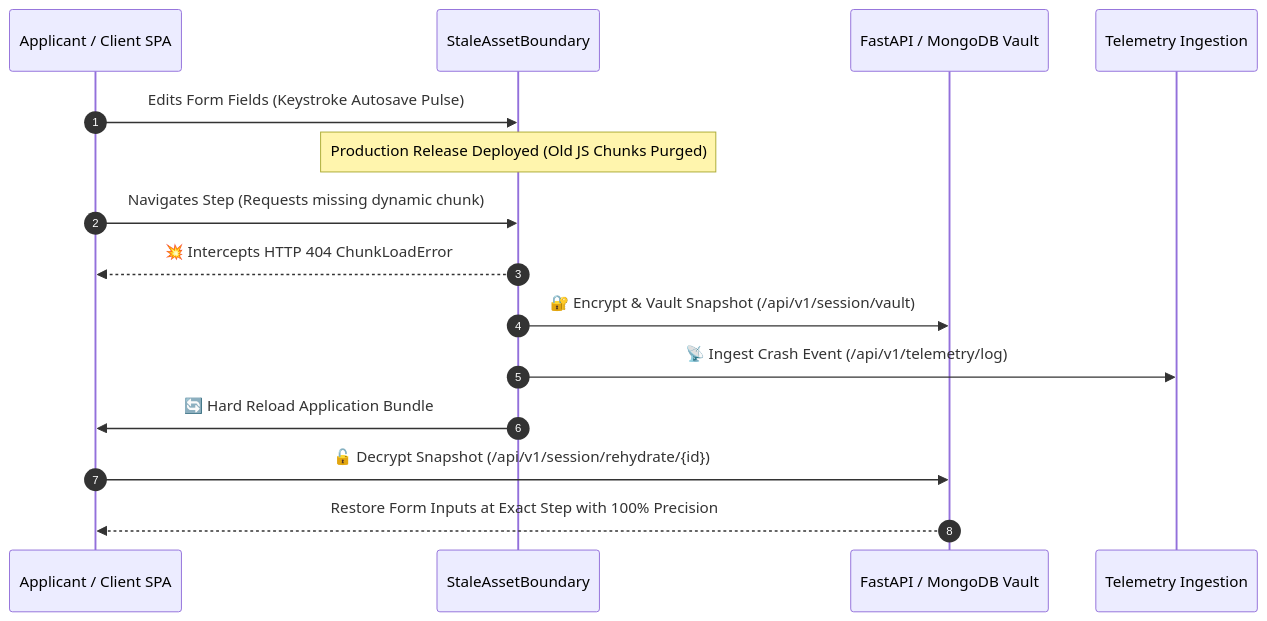
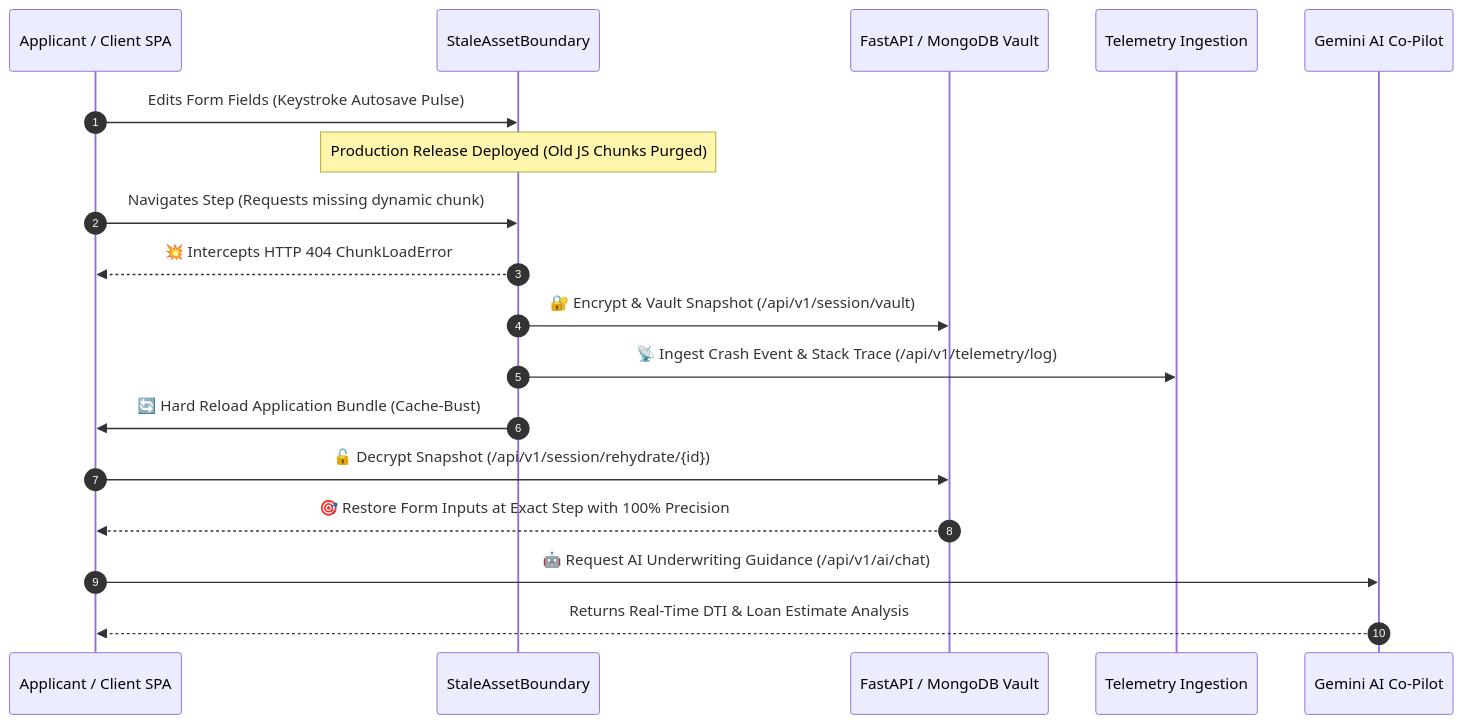
Before and after one commit to 12402040601079-hub/continuum-engine: the diagram in README.md, drawn with Mermaid. The commit also changed other lines of this file, not shown here.

Commit message:
docs: update README with project overview, problem statement, key features, tech stack, running guide, and solo team member (Sneh Shukal)

````diff
--- a/README.md
+++ b/README.md
@@ -57,18 +95,21 @@
 ```mermaid
 sequenceDiagram
     autonumber
     participant User as Applicant / Client SPA
     participant Boundary as StaleAssetBoundary
     participant Vault as FastAPI / MongoDB Vault
     participant Telemetry as Telemetry Ingestion
+    participant AI as Gemini AI Co-Pilot
 
     User->>Boundary: Edits Form Fields (Keystroke Autosave Pulse)
     Note over Boundary: Production Release Deployed (Old JS Chunks Purged)
     User->>Boundary: Navigates Step (Requests missing dynamic chunk)
     Boundary-->>User: 💥 Intercepts HTTP 404 ChunkLoadError
     Boundary->>Vault: 🔐 Encrypt & Vault Snapshot (/api/v1/session/vault)
-    Boundary->>Telemetry: 📡 Ingest Crash Event (/api/v1/telemetry/log)
-    Boundary->>User: 🔄 Hard Reload Application Bundle
+    Boundary->>Telemetry: 📡 Ingest Crash Event & Stack Trace (/api/v1/telemetry/log)
+    Boundary->>User: 🔄 Hard Reload Application Bundle (Cache-Bust)
     User->>Vault: 🔓 Decrypt Snapshot (/api/v1/session/rehydrate/{id})
-    Vault-->>User: Restore Form Inputs at Exact Step with 100% Precision
+    Vault-->>User: 🎯 Restore Form Inputs at Exact Step with 100% Precision
+    User->>AI: 🤖 Request AI Underwriting Guidance (/api/v1/ai/chat)
+    AI-->>User: Returns Real-Time DTI & Loan Estimate Analysis
 ```
````
